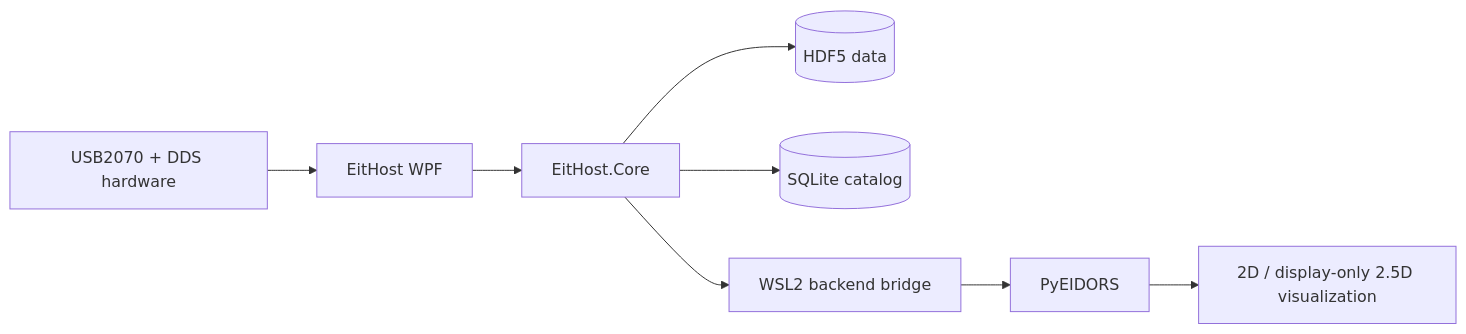
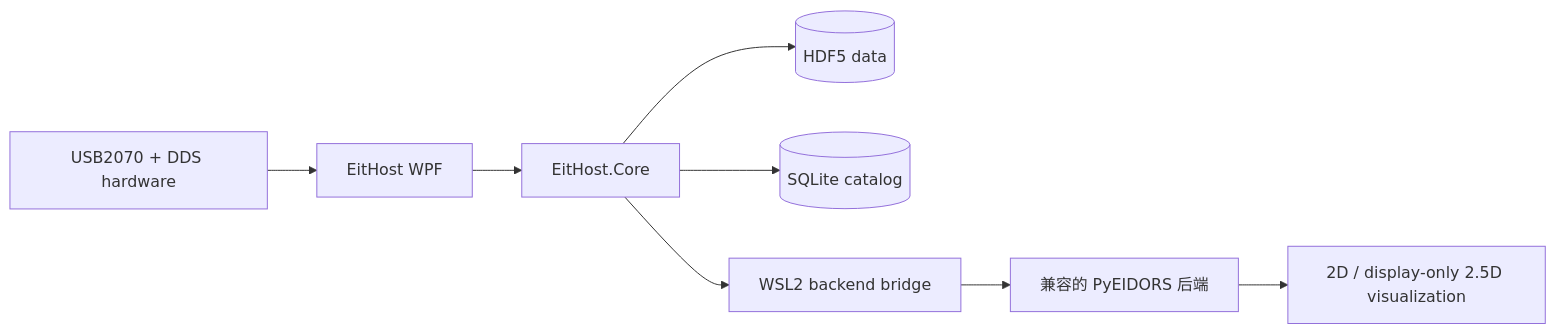
The diagram in README.zh-CN.md (CBZ199671/EitHost), drawn with Mermaid before and after one commit. The commit also changed other lines of this file and 2 other files, not shown here.

Commit message:
docs: clarify PyEIDORS v2 availability

````diff
--- a/README.zh-CN.md
+++ b/README.zh-CN.md
@@ -34,10 +36,10 @@
 ```mermaid
 flowchart LR
     H[USB2070 + DDS hardware] --> A[EitHost WPF]
     A --> C[EitHost.Core]
     C --> H5[(HDF5 data)]
     C --> DB[(SQLite catalog)]
     C --> B[WSL2 backend bridge]
-    B --> P[PyEIDORS]
+    B --> P[兼容的 PyEIDORS 后端]
     P --> V[2D / display-only 2.5D visualization]
 ```
````
